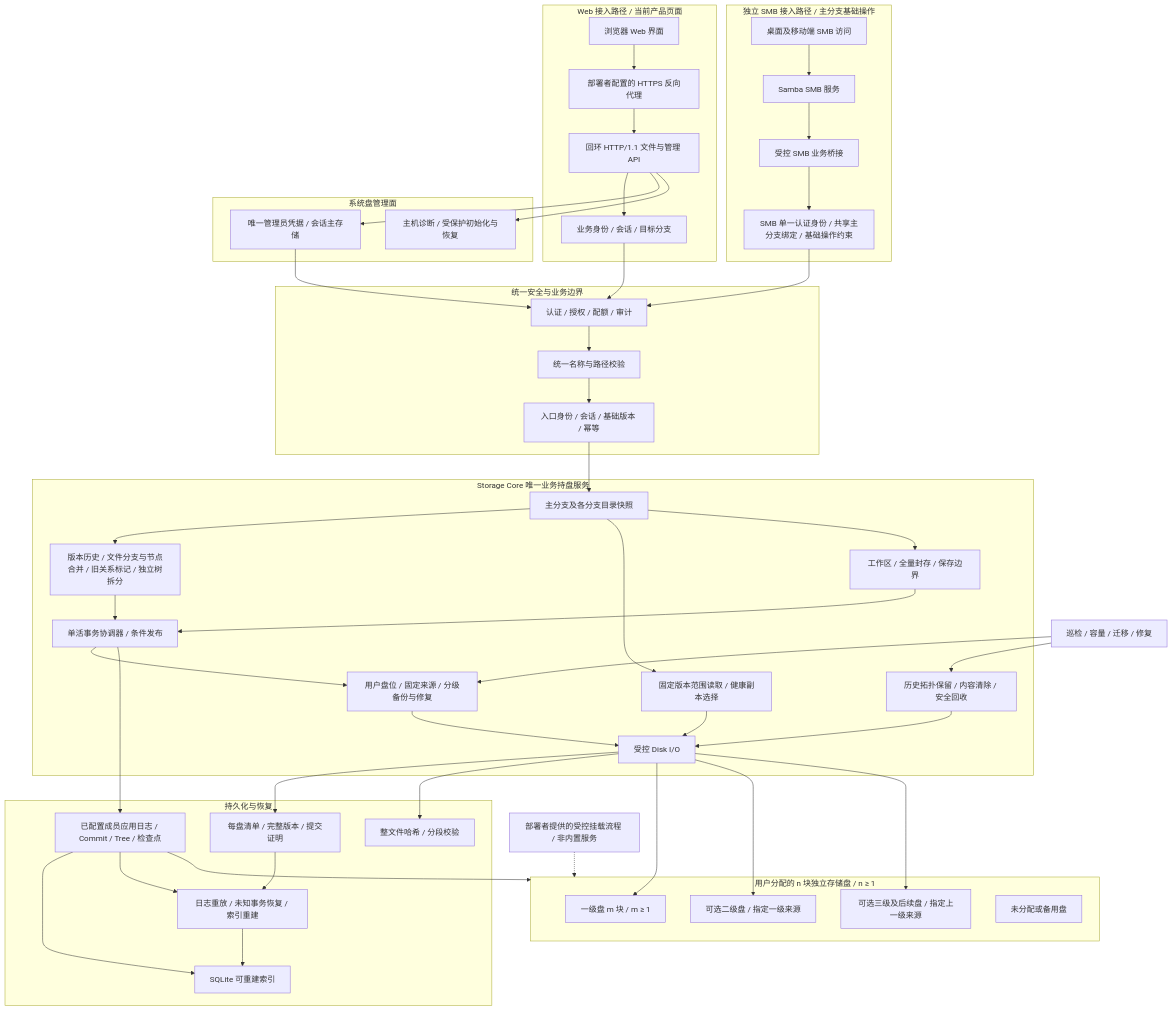
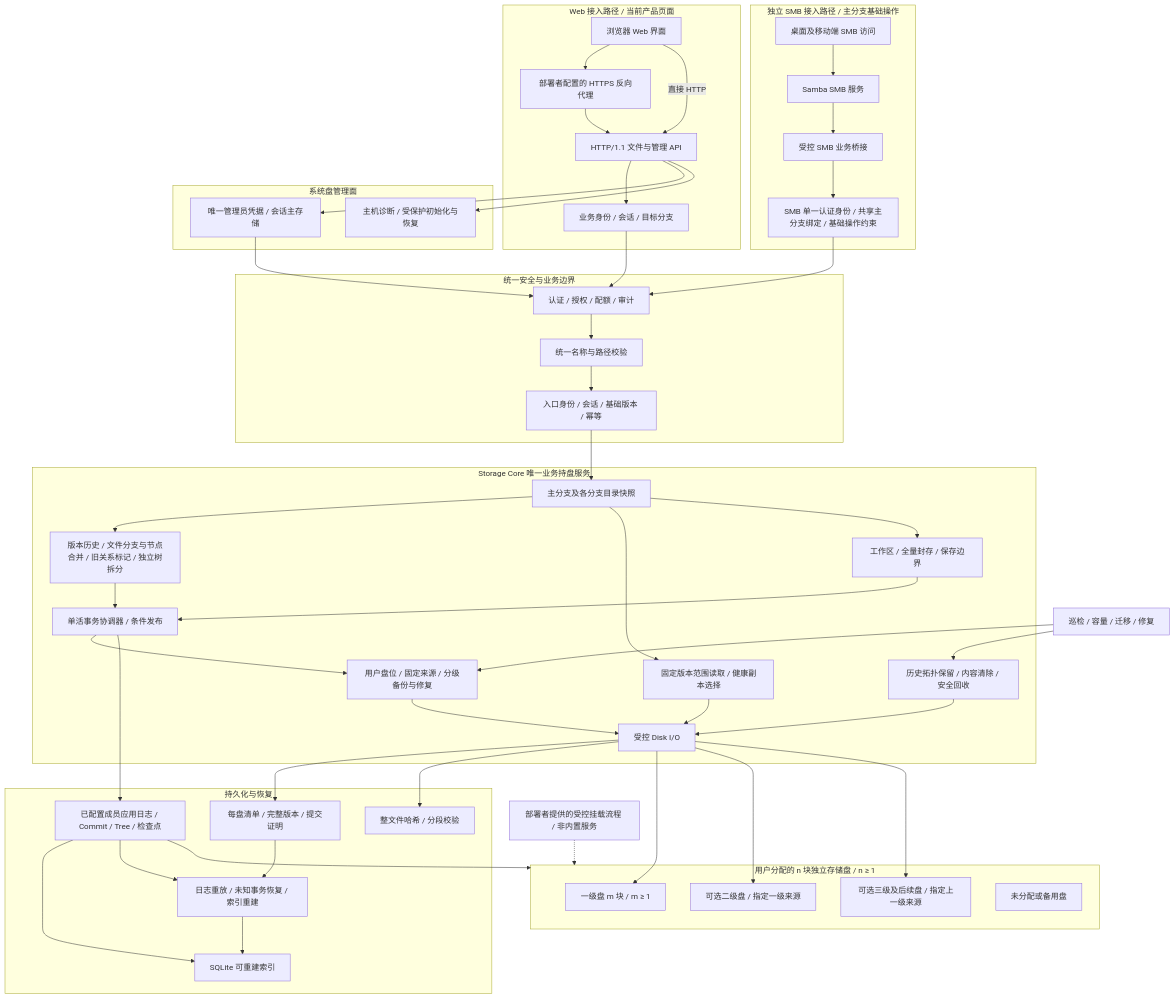
The diagram in docs/03-architecture.md (isarmg/zxs), drawn with Mermaid before and after one commit. The commit also changed other lines of this file and 17 other files, not shown here.

```diff
--- a/docs/03-architecture.md
+++ b/docs/03-architecture.md
@@ -21,9 +21,10 @@
     subgraph WEB_ACCESS[Web 接入路径 / 当前产品页面]
         WEB[浏览器 Web 界面]
         TLS[部署者配置的 HTTPS 反向代理]
-        API[回环 HTTP/1.1 文件与管理 API]
+        API[HTTP/1.1 文件与管理 API]
         AAUTH[业务身份 / 会话 / 目标分支]
         WEB --> TLS --> API
+        WEB -->|直接 HTTP| API
         API --> AAUTH
     end
 
```
